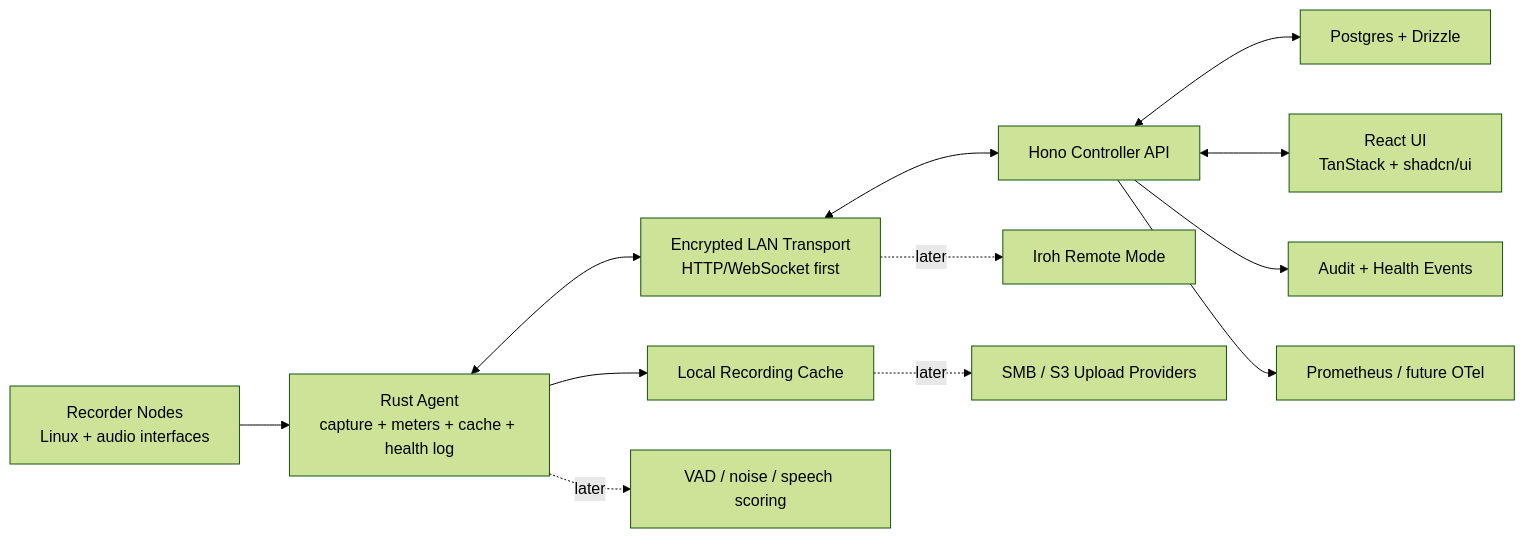
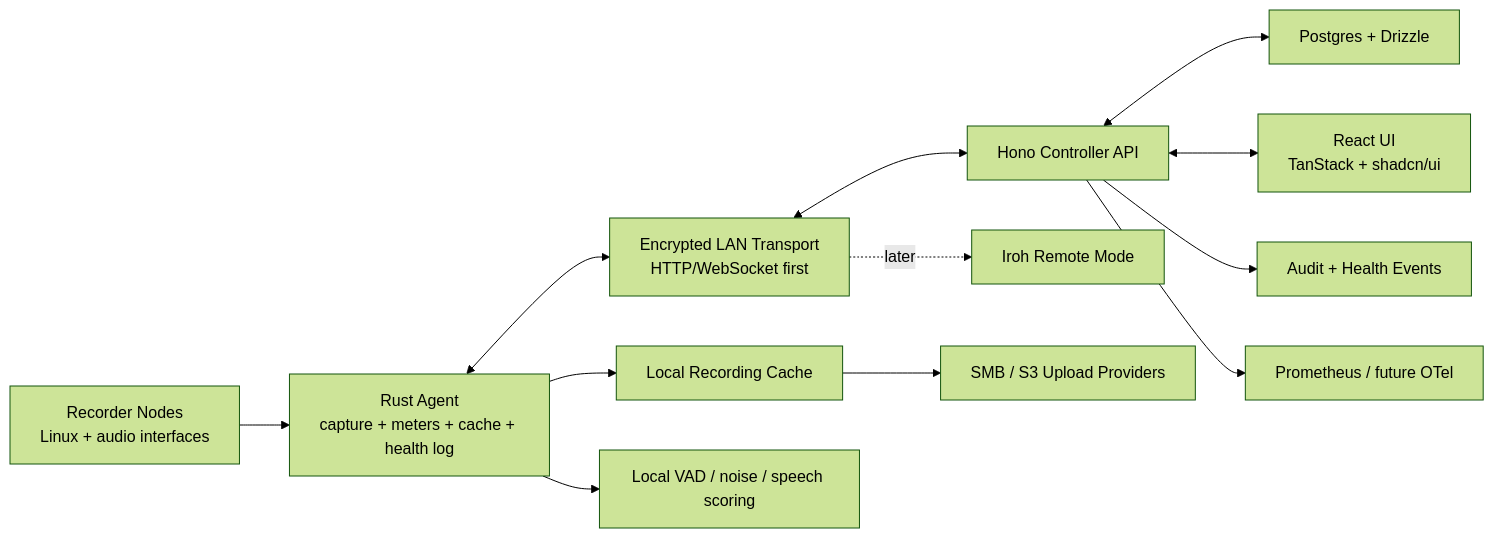
One commit to yashau/Rakkr changed the diagram in docs/RAKKR_SOURCE_OF_TRUTH.md. Above: the diagram before and after it, drawn with Mermaid (forest theme). The commit also changed other lines of this file and 8 other files, not shown here.

Commit message:
Add local speech quality watchdog scoring

````diff
--- a/docs/RAKKR_SOURCE_OF_TRUTH.md
+++ b/docs/RAKKR_SOURCE_OF_TRUTH.md
@@ -89,14 +89,14 @@
 ```mermaid
 flowchart LR
   Nodes["Recorder Nodes\nLinux + audio interfaces"] --> Agent["Rust Agent\ncapture + meters + cache + health log"]
   Agent <--> Transport["Encrypted LAN Transport\nHTTP/WebSocket first"]
   Transport <--> API["Hono Controller API"]
   API <--> DB["Postgres + Drizzle"]
   API <--> UI["React UI\nTanStack + shadcn/ui"]
   Agent --> Cache["Local Recording Cache"]
   API --> Events["Audit + Health Events"]
   API --> Metrics["Prometheus / future OTel"]
-  Cache -. later .-> Storage["SMB / S3 Upload Providers"]
-  Agent -. later .-> AI["VAD / noise / speech scoring"]
+  Cache --> Storage["SMB / S3 Upload Providers"]
+  Agent --> Quality["Local VAD / noise / speech scoring"]
   Transport -. later .-> Iroh["Iroh Remote Mode"]
 ```
````
